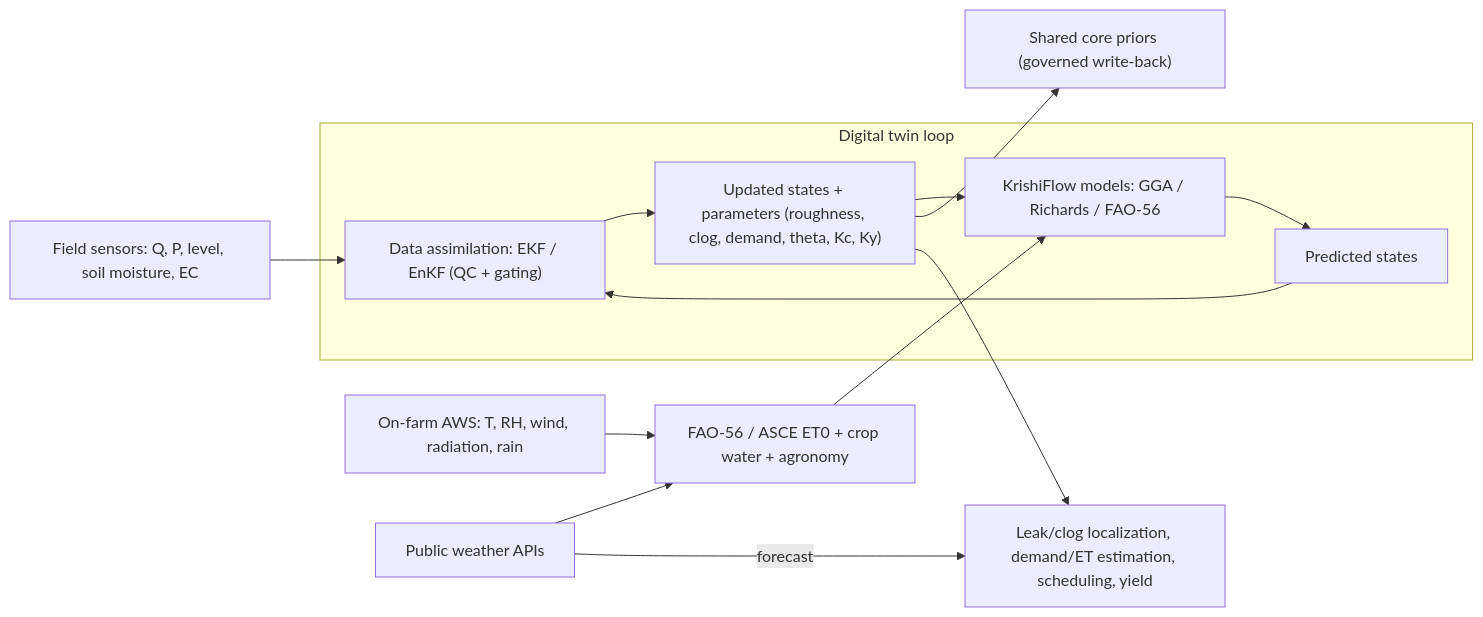
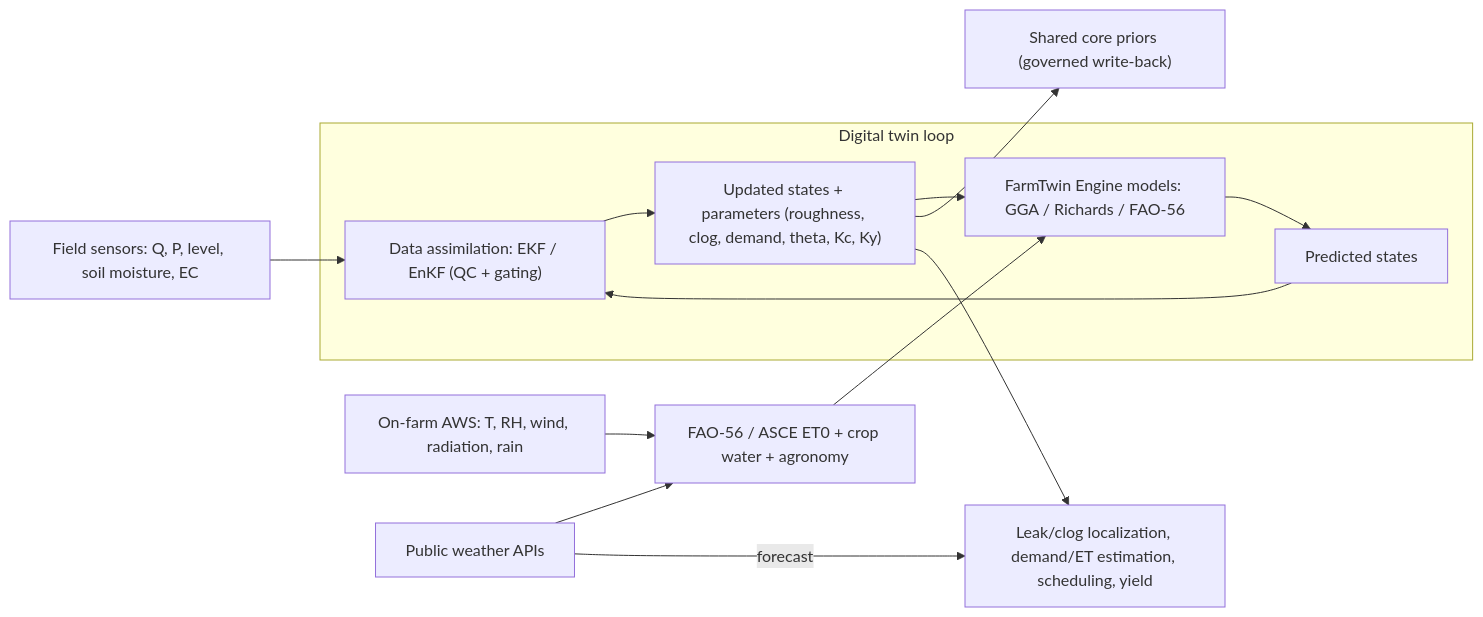
The diagram in engine/docs/14-digital-twin-data-assimilation.md (arunthanga/FarmTwin), drawn with Mermaid before and after one commit. The commit also changed other lines of this file and 30 other files, not shown here.

First line of the commit message:
brand: rebrand to FarmTwin and document trademark due diligence

````diff
--- a/engine/docs/14-digital-twin-data-assimilation.md
+++ b/engine/docs/14-digital-twin-data-assimilation.md
@@ -7,16 +7,16 @@
 ```mermaid
 flowchart LR
   field["Field sensors: Q, P, level, soil moisture, EC"] --> da
   aws["On-farm AWS: T, RH, wind, radiation, rain"] --> fao
   weather["Public weather APIs"] --> fao
   fao["FAO-56 / ASCE ET0 + crop water + agronomy"] --> model
   subgraph twin [Digital twin loop]
-    model["KrishiFlow models: GGA / Richards / FAO-56"] --> pred["Predicted states"]
+    model["FarmTwin Engine models: GGA / Richards / FAO-56"] --> pred["Predicted states"]
     pred --> da["Data assimilation: EKF / EnKF (QC + gating)"]
     da --> upd["Updated states + parameters (roughness, clog, demand, theta, Kc, Ky)"]
     upd --> model
   end
   upd --> core["Shared core priors (governed write-back)"]
   upd --> apps["Leak/clog localization, demand/ET estimation, scheduling, yield"]
   weather -->|forecast| apps
 ```
````
